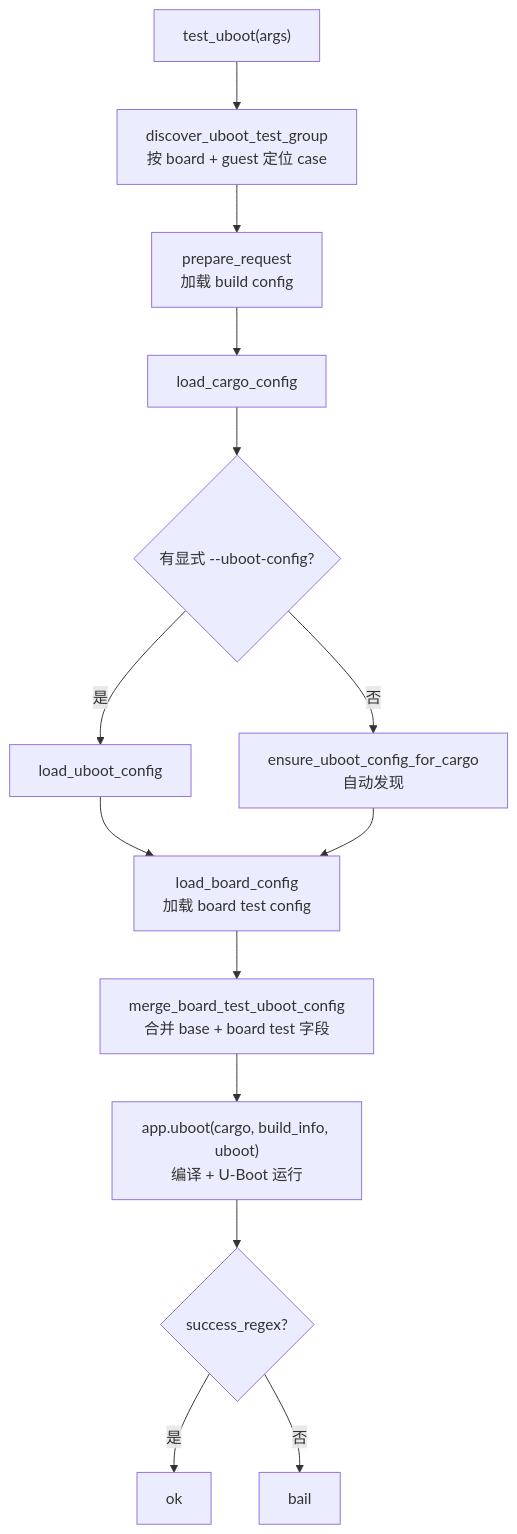
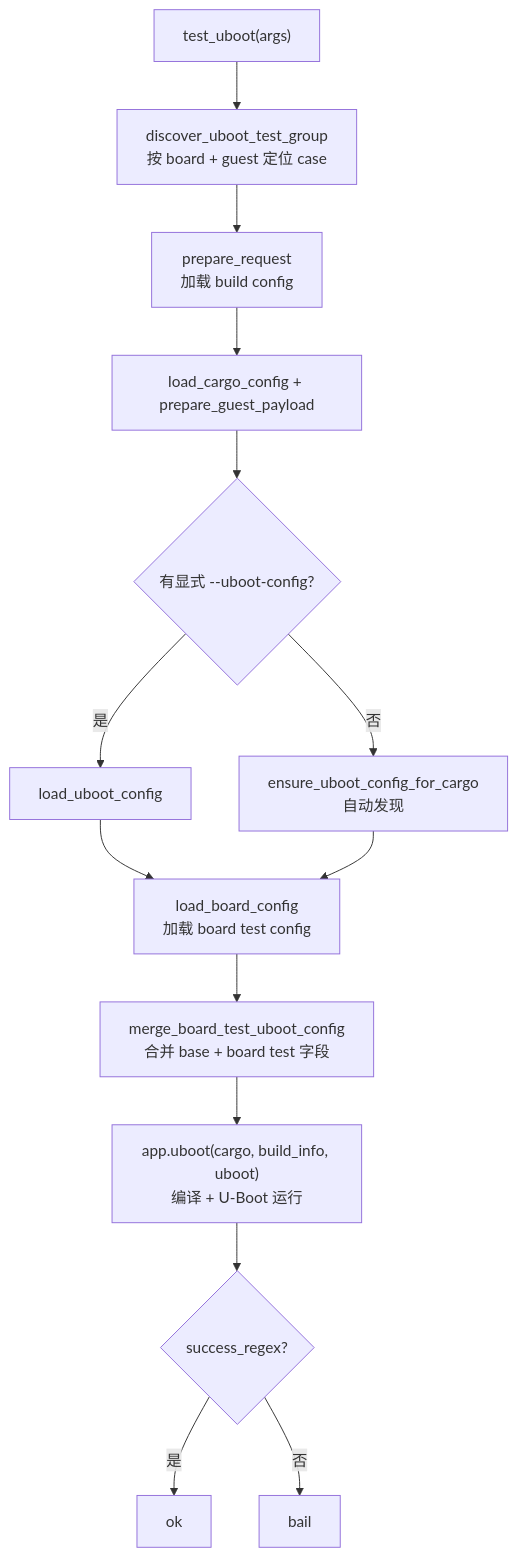
The second of 2 diagrams in docs/docs/build/axvisor/test.md (rcore-os/tgoskits), drawn with Mermaid before and after one commit. The commit also changed other lines of this file and 94 other files, not shown here.

````diff
--- a/docs/docs/build/axvisor/test.md
+++ b/docs/docs/build/axvisor/test.md
@@ -89,16 +88,16 @@
 ```mermaid
 flowchart TD
     A["test_uboot(args)"] --> B["discover_uboot_test_group<br/>按 board + guest 定位 case"]
     B --> C["prepare_request<br/>加载 build config"]
-    C --> D["load_cargo_config"]
+    C --> D["load_cargo_config + prepare_guest_payload"]
     D --> E{"有显式 --uboot-config?"}
     E -->|是| F["load_uboot_config"]
     E -->|否| G["ensure_uboot_config_for_cargo<br/>自动发现"]
     F --> H["load_board_config<br/>加载 board test config"]
     G --> H
     H --> I["merge_board_test_uboot_config<br/>合并 base + board test 字段"]
     I --> J["app.uboot(cargo, build_info, uboot)<br/>编译 + U-Boot 运行"]
     J --> K{"success_regex?"}
     K -->|是| L["ok"]
     K -->|否| M["bail"]
 ```
````
